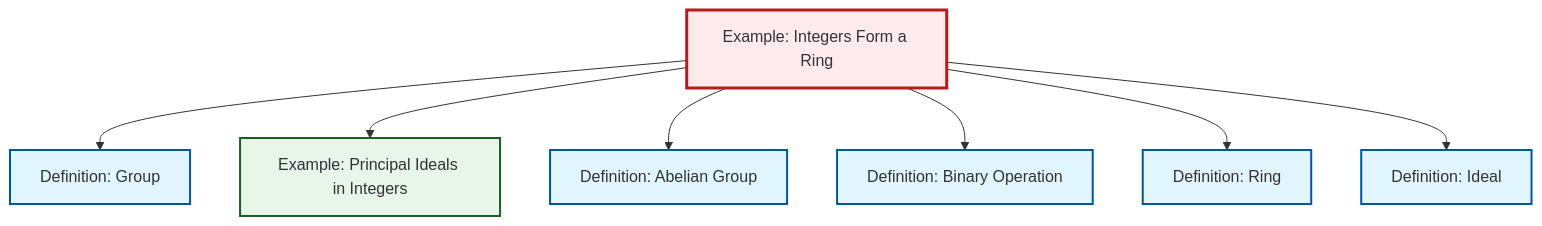
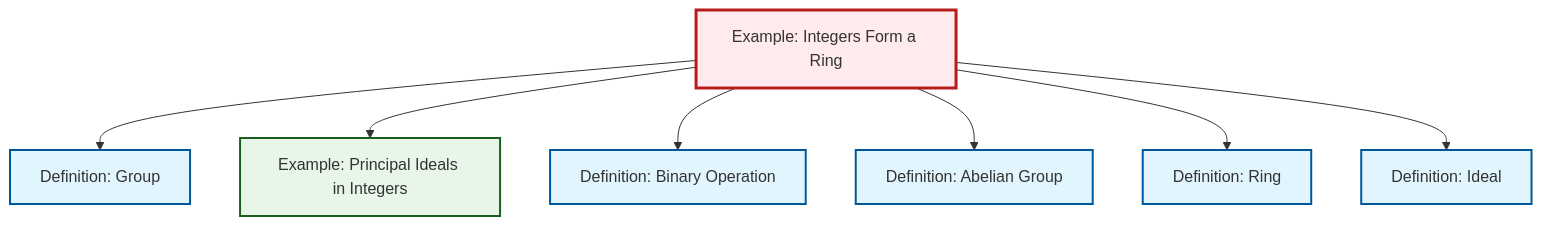
One commit to RK0429/ModernMath changed the diagram in content/ja/algebra/ex-integers-ring.qmd. Above: the diagram before and after it, drawn with Mermaid. The commit also changed other lines of this file and 531 other files, not shown here.

````diff
--- a/content/ja/algebra/ex-integers-ring.qmd
+++ b/content/ja/algebra/ex-integers-ring.qmd
@@ -65,29 +65,29 @@
 ```{mermaid}
 %%| fig-cap: "Local dependency graph"
 graph TD
     classDef definition fill:#e1f5fe,stroke:#01579b,stroke-width:2px
     classDef theorem fill:#f3e5f5,stroke:#4a148c,stroke-width:2px
     classDef axiom fill:#fff3e0,stroke:#e65100,stroke-width:2px
     classDef example fill:#e8f5e9,stroke:#1b5e20,stroke-width:2px
     classDef current fill:#ffebee,stroke:#b71c1c,stroke-width:3px
     def-ideal["Definition: Ideal"]:::definition
-    ex-principal-ideal["Example: Principal Ideals in Integers"]:::example
+    def-abelian-group["Definition: Abelian Group"]:::definition
+    def-group["Definition: Group"]:::definition
+    ex-integers-ring["Example: Integers Form a Ring"]:::example
     def-binary-operation["Definition: Binary Operation"]:::definition
     def-ring["Definition: Ring"]:::definition
-    def-group["Definition: Group"]:::definition
-    def-abelian-group["Definition: Abelian Group"]:::definition
-    ex-integers-ring["Example: Integers Form a Ring"]:::example
+    ex-principal-ideal["Example: Principal Ideals in Integers"]:::example
     ex-integers-ring --> def-group
     ex-integers-ring --> ex-principal-ideal
+    ex-integers-ring --> def-binary-operation
     ex-integers-ring --> def-abelian-group
-    ex-integers-ring --> def-binary-operation
     ex-integers-ring --> def-ring
     ex-integers-ring --> def-ideal
     class ex-integers-ring current
     click def-ideal "def-ideal.html" "Definition: Idealへ"
-    click ex-principal-ideal "ex-principal-ideal.html" "Example: Principal Ideals in Integersへ"
+    click def-abelian-group "def-abelian-group.html" "Definition: Abelian Groupへ"
+    click def-group "def-group.html" "Definition: Groupへ"
     click def-binary-operation "def-binary-operation.html" "Definition: Binary Operationへ"
     click def-ring "def-ring.html" "Definition: Ringへ"
-    click def-group "def-group.html" "Definition: Groupへ"
-    click def-abelian-group "def-abelian-group.html" "Definition: Abelian Groupへ"
+    click ex-principal-ideal "ex-principal-ideal.html" "Example: Principal Ideals in Integersへ"
 ```
````
